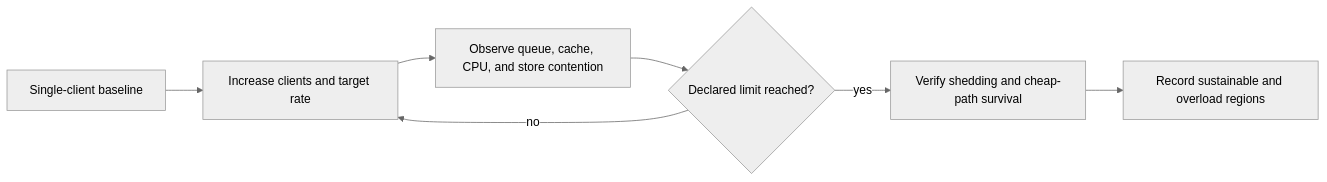
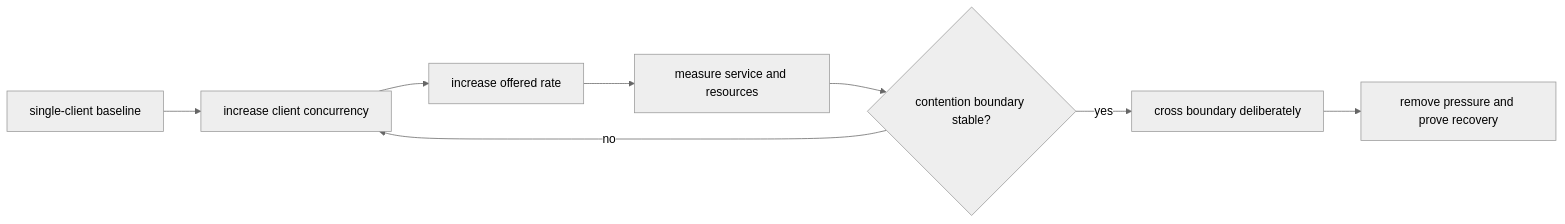
One commit to bijux/bijux-atlas changed the diagram in docs/bijux-atlas-ops/load/concurrency-stress.md. Above: the diagram before and after it, drawn with Mermaid (neutral theme). The commit also changed other lines of this file and 2 other files, not shown here.

Commit message:
docs(resilience): separate declared scenarios from measured proof

````diff
--- a/docs/bijux-atlas-ops/load/concurrency-stress.md
+++ b/docs/bijux-atlas-ops/load/concurrency-stress.md
@@ -35,9 +37,10 @@
 ```mermaid
 flowchart LR
-    B["Single-client baseline"] --> C["Increase clients and target rate"]
-    C --> K["Observe queue, cache, CPU, and store contention"]
-    K --> L{"Declared limit reached?"}
-    L -->|no| C
-    L -->|yes| S["Verify shedding and cheap-path survival"]
-    S --> R["Record sustainable and overload regions"]
+    Base["single-client baseline"] --> Clients["increase client concurrency"]
+    Clients --> Rate["increase offered rate"]
+    Rate --> Observe["measure service and resources"]
+    Observe --> Boundary{"contention boundary stable?"}
+    Boundary -- no --> Clients
+    Boundary -- yes --> Overload["cross boundary deliberately"]
+    Overload --> Recover["remove pressure and prove recovery"]
 ```
````
